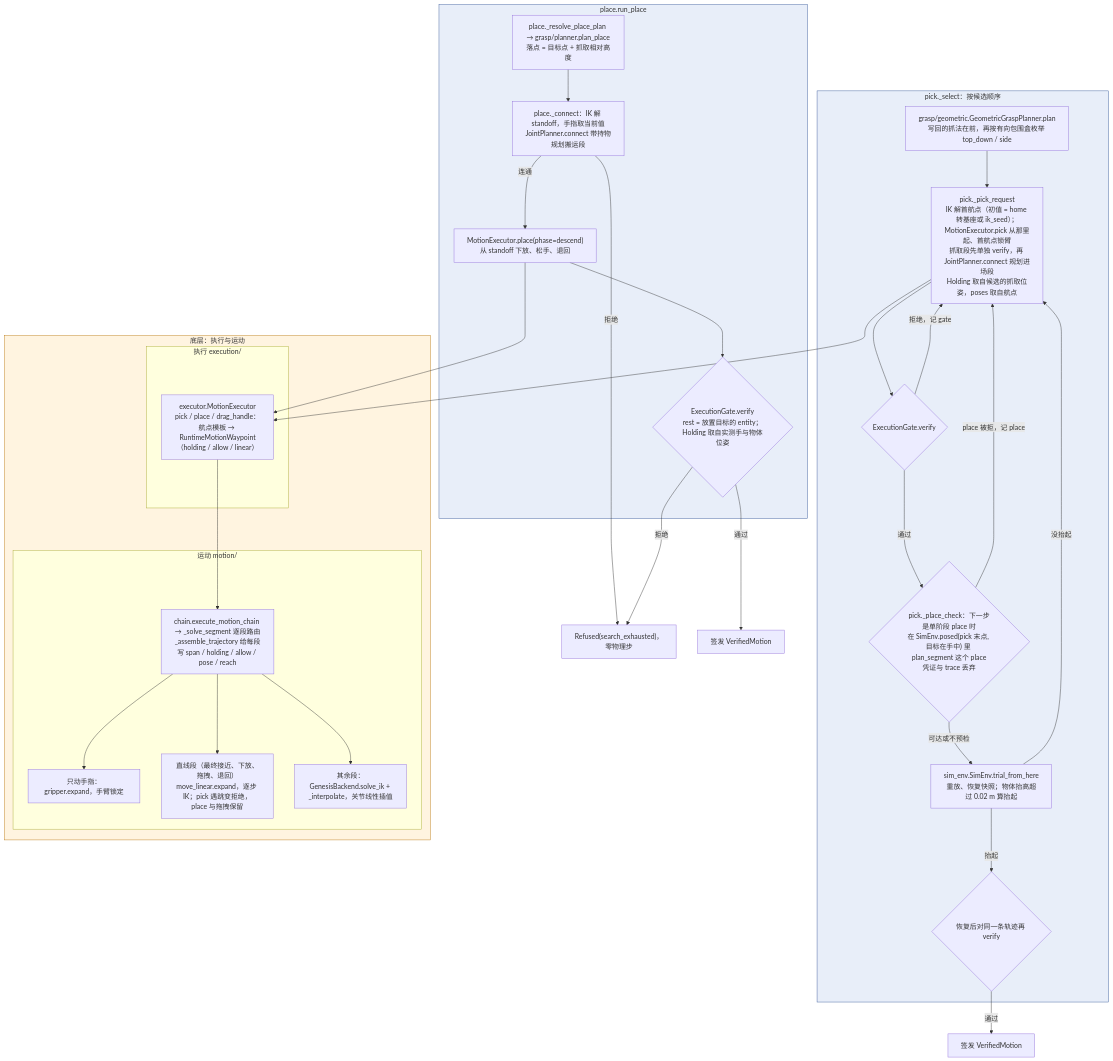
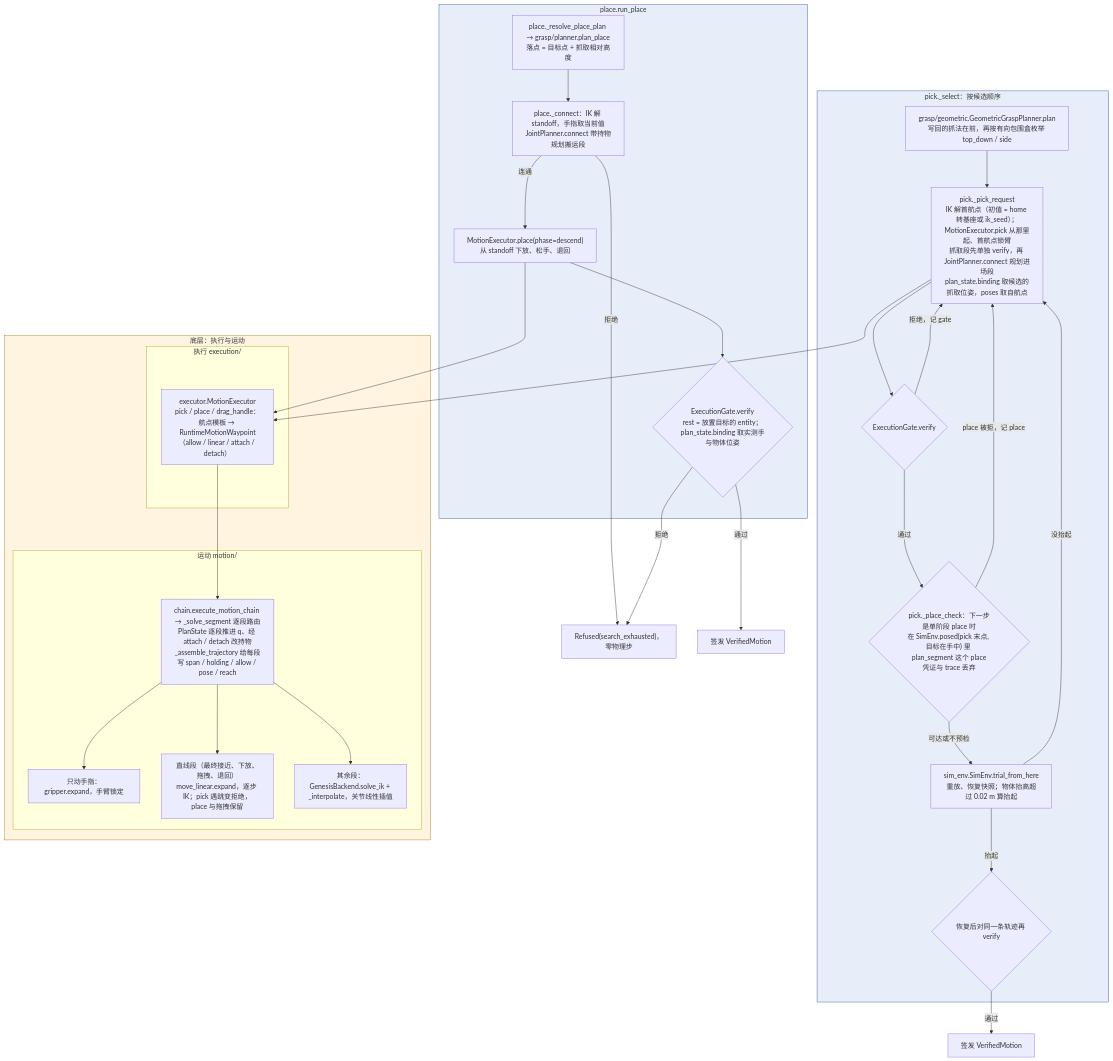
Before and after one commit to ZJLi2013/RoboSmith: the second of 2 diagrams in docs/call-chain.md, drawn with Mermaid. The commit also changed other lines of this file and 1 other file, not shown here.

Commit message:
docs: PlanState owns what the hand holds, and the chain advances it

````diff
--- a/docs/call-chain.md
+++ b/docs/call-chain.md
@@ -73,49 +73,49 @@
 ```mermaid
 flowchart TD
     subgraph PK["pick._select：按候选顺序"]
         GEO["grasp/geometric.GeometricGraspPlanner.plan<br/>写回的抓法在前，再按有向包围盒枚举 top_down / side"]
-        PM["pick._pick_request<br/>IK 解首航点（初值 = home 转基座或 ik_seed）；MotionExecutor.pick 从那里起、首航点锁臂<br/>抓取段先单独 verify，再 JointPlanner.connect 规划进场段<br/>Holding 取自候选的抓取位姿，poses 取自航点"]
+        PM["pick._pick_request<br/>IK 解首航点（初值 = home 转基座或 ik_seed）；MotionExecutor.pick 从那里起、首航点锁臂<br/>抓取段先单独 verify，再 JointPlanner.connect 规划进场段<br/>plan_state.binding 取候选的抓取位姿，poses 取自航点"]
         V1{"ExecutionGate.verify"}
         PRE{"pick._place_check：下一步是单阶段 place 时<br/>在 SimEnv.posed(pick 末点, 目标在手中) 里 plan_segment 这个 place<br/>凭证与 trace 丢弃"}
         TR["sim_env.SimEnv.trial_from_here<br/>重放、恢复快照；物体抬高超过 0.02 m 算抬起"]
         V2{"恢复后对同一条轨迹再 verify"}
     end
 
     subgraph PL["place.run_place"]
         PP["place._resolve_place_plan → grasp/planner.plan_place<br/>落点 = 目标点 + 抓取相对高度"]
         PC["place._connect：IK 解 standoff，手指取当前值<br/>JointPlanner.connect 带持物规划搬运段"]
         PX["MotionExecutor.place(phase=descend)<br/>从 standoff 下放、松手、退回"]
-        V3{"ExecutionGate.verify<br/>rest = 放置目标的 entity；Holding 取自实测手与物体位姿"}
+        V3{"ExecutionGate.verify<br/>rest = 放置目标的 entity；plan_state.binding 取实测手与物体位姿"}
     end
 
     subgraph LOW["底层：执行与运动"]
         subgraph EX["执行 execution/"]
-            EXE["executor.MotionExecutor<br/>pick / place / drag_handle：航点模板 → RuntimeMotionWaypoint（holding / allow / linear）"]
+            EXE["executor.MotionExecutor<br/>pick / place / drag_handle：航点模板 → RuntimeMotionWaypoint（allow / linear / attach / detach）"]
         end
         subgraph MO["运动 motion/"]
-            CH["chain.execute_motion_chain → _solve_segment 逐段路由<br/>_assemble_trajectory 给每段写 span / holding / allow / pose / reach"]
+            CH["chain.execute_motion_chain → _solve_segment 逐段路由<br/>PlanState 逐段推进 q、经 attach / detach 改持物<br/>_assemble_trajectory 给每段写 span / holding / allow / pose / reach"]
             F["只动手指：gripper.expand，手臂锁定"]
             C["直线段（最终接近、下放、拖拽、退回）<br/>move_linear.expand，逐步 IK；pick 遇跳变拒绝，place 与拖拽保留"]
             G["其余段：GenesisBackend.solve_ik + _interpolate，关节线性插值"]
         end
     end
 
     GEO --> PM --> V1
     V1 -- 拒绝，记 gate --> PM
     V1 -- 通过 --> PRE
     PRE -- place 被拒，记 place --> PM
     PRE -- 可达或不预检 --> TR
     TR -- 没抬起 --> PM
     TR -- 抬起 --> V2
     V2 -- 通过 --> OKP["签发 VerifiedMotion"]
     PP --> PC
     PC -- 拒绝 --> RF["Refused(search_exhausted)，零物理步"]
     PC -- 连通 --> PX --> V3
     V3 -- 拒绝 --> RF
     V3 -- 通过 --> OKL["签发 VerifiedMotion"]
     PM & PX --> EXE --> CH --> F & C & G
 
     style PK fill:#e8eef9,stroke:#3b5b9a
     style PL fill:#e8eef9,stroke:#3b5b9a
     style LOW fill:#fff4e0,stroke:#b9770e
 ```
````
